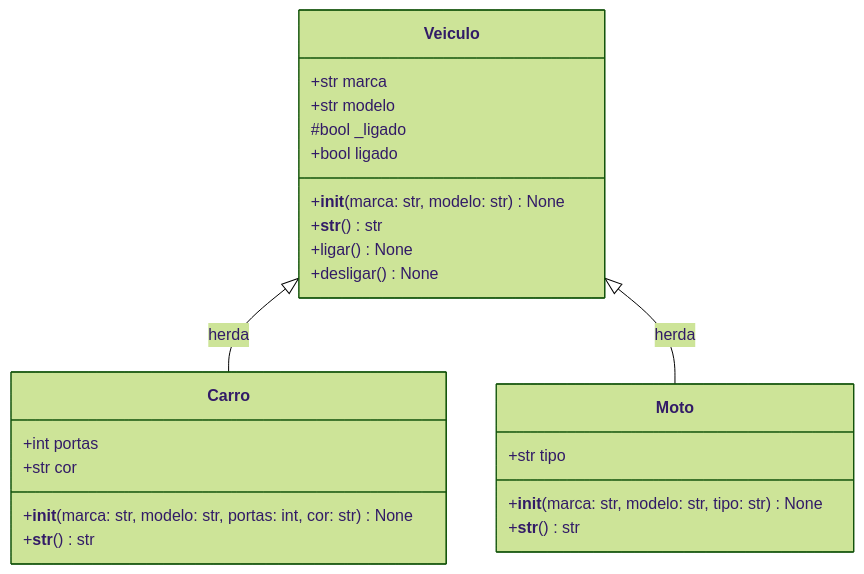
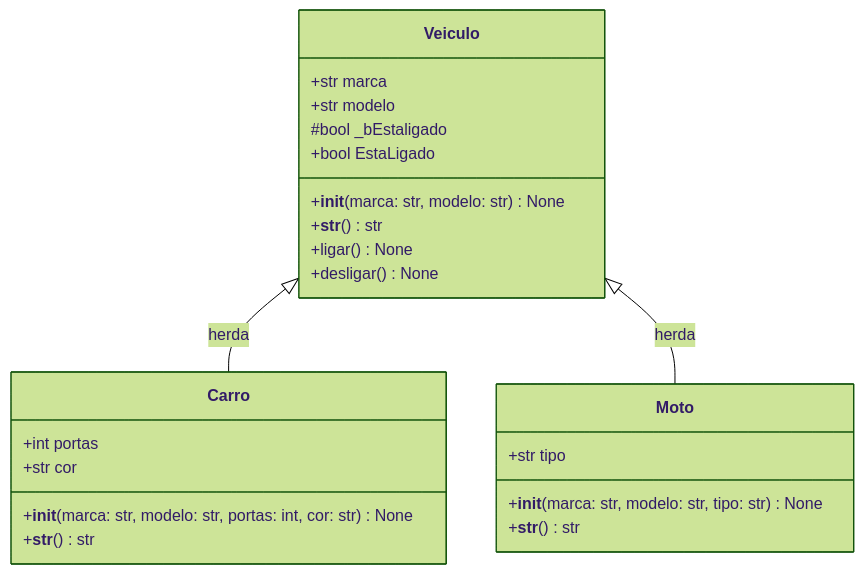
Before and after one commit to marcuswlima/learning: the second of 3 diagrams in python/alura/carreira/NIVEL1/03-objetos-API/VEICULOS/README.md, drawn with Mermaid (forest theme). The commit also changed other lines of this file and 2 other files, not shown here.

````diff
--- a/python/alura/carreira/NIVEL1/03-objetos-API/VEICULOS/README.md
+++ b/python/alura/carreira/NIVEL1/03-objetos-API/VEICULOS/README.md
@@ -48,31 +49,31 @@
 ```mermaid
 classDiagram
     direction TB
 
     class Veiculo {
         +str marca
         +str modelo
-        #bool _ligado
-        +bool ligado
+        #bool _bEstaligado
+        +bool EstaLigado
         +__init__(marca: str, modelo: str) None
         +__str__() str
         +ligar() None
         +desligar() None
     }
 
     class Carro {
         +int portas
         +str cor
         +__init__(marca: str, modelo: str, portas: int, cor: str) None
         +__str__() str
     }
 
     class Moto {
         +str tipo
         +__init__(marca: str, modelo: str, tipo: str) None
         +__str__() str
     }
 
     Veiculo <|-- Carro : herda
     Veiculo <|-- Moto : herda
 ```
````
